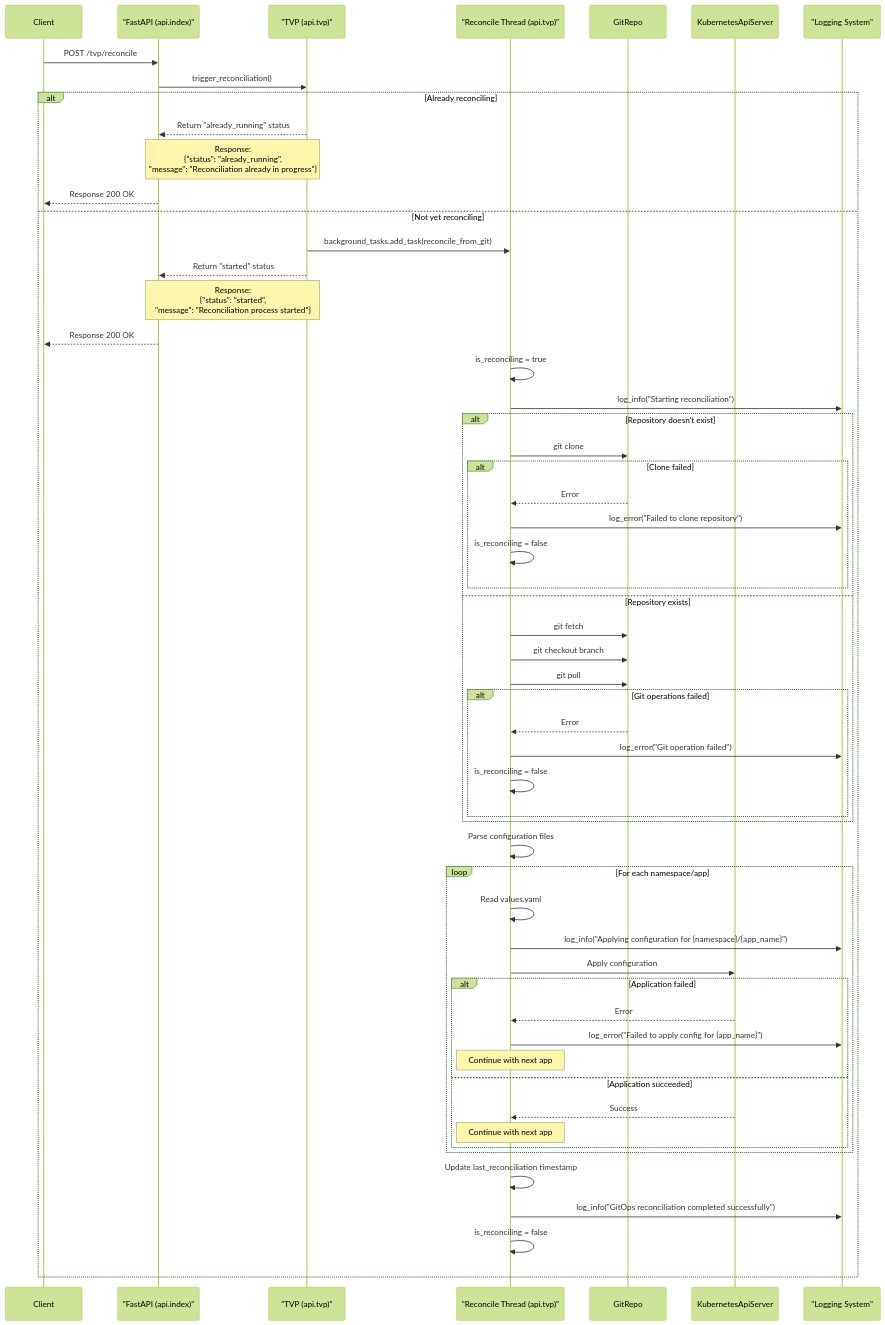
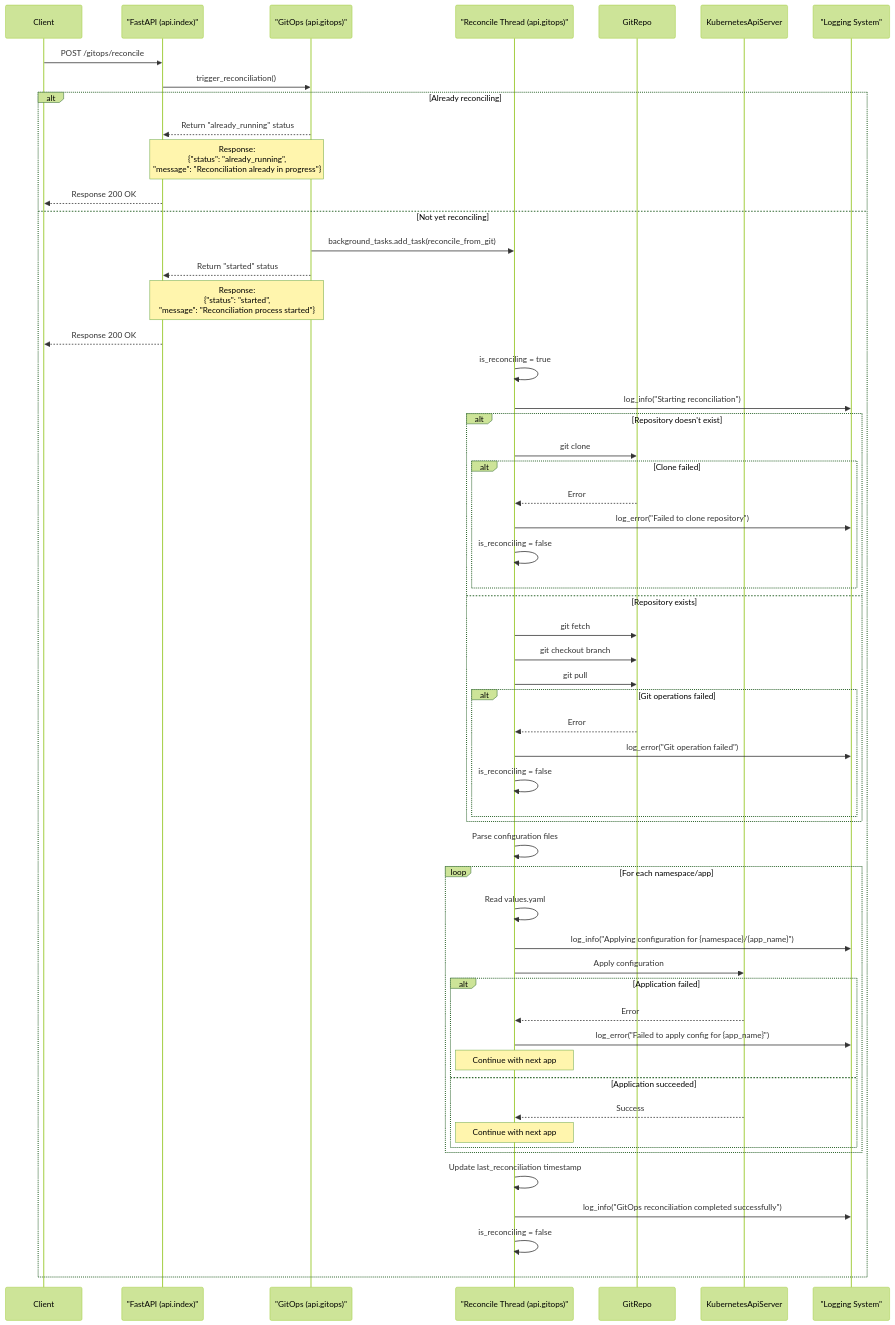
One commit to lloydchang/tvp-k8s changed the third of 11 diagrams in README.md. Above: the diagram before and after it, drawn with Mermaid (forest theme). The commit also changed other lines of this file and 15 other files, not shown here.

````diff
--- a/README.md
+++ b/README.md
@@ -401,65 +401,65 @@
 ```mermaid
 sequenceDiagram
     participant Client
     participant FastAPI as "FastAPI (api.index)"
-    participant TVP as "TVP (api.tvp)"
-    participant ReconcileThread as "Reconcile Thread (api.tvp)"
+    participant GitOps as "GitOps (api.gitops)"
+    participant ReconcileThread as "Reconcile Thread (api.gitops)"
     participant GitRepo
     participant KubernetesApiServer
     participant Logger as "Logging System"
     
-    Client->>FastAPI: POST /tvp/reconcile
-    FastAPI->>TVP: trigger_reconciliation()
+    Client->>FastAPI: POST /gitops/reconcile
+    FastAPI->>GitOps: trigger_reconciliation()
     
     alt Already reconciling
-        TVP-->>FastAPI: Return "already_running" status
-        Note over TVP,FastAPI: Response:<br>{"status": "already_running",<br>"message": "Reconciliation already in progress"}
+        GitOps-->>FastAPI: Return "already_running" status
+        Note over GitOps,FastAPI: Response:<br>{"status": "already_running",<br>"message": "Reconciliation already in progress"}
         FastAPI-->>Client: Response 200 OK
     else Not yet reconciling
-        TVP->>ReconcileThread: background_tasks.add_task(reconcile_from_git)
-        TVP-->>FastAPI: Return "started" status
-        Note over TVP,FastAPI: Response:<br>{"status": "started",<br>"message": "Reconciliation process started"}
+        GitOps->>ReconcileThread: background_tasks.add_task(reconcile_from_git)
+        GitOps-->>FastAPI: Return "started" status
+        Note over GitOps,FastAPI: Response:<br>{"status": "started",<br>"message": "Reconciliation process started"}
         FastAPI-->>Client: Response 200 OK
         
         ReconcileThread->>ReconcileThread: is_reconciling = true
         ReconcileThread->>Logger: log_info("Starting reconciliation")
         
         alt Repository doesn't exist
             ReconcileThread->>GitRepo: git clone
             alt Clone failed
                 GitRepo-->>ReconcileThread: Error
                 ReconcileThread->>Logger: log_error("Failed to clone repository")
                 ReconcileThread->>ReconcileThread: is_reconciling = false
             end
         else Repository exists
             ReconcileThread->>GitRepo: git fetch
             ReconcileThread->>GitRepo: git checkout branch
             ReconcileThread->>GitRepo: git pull
             alt Git operations failed
                 GitRepo-->>ReconcileThread: Error
                 ReconcileThread->>Logger: log_error("Git operation failed")
                 ReconcileThread->>ReconcileThread: is_reconciling = false
             end
         end
         
         ReconcileThread->>ReconcileThread: Parse configuration files
         
         loop For each namespace/app
             ReconcileThread->>ReconcileThread: Read values.yaml
             ReconcileThread->>Logger: log_info("Applying configuration for {namespace}/{app_name}")
             ReconcileThread->>KubernetesApiServer: Apply configuration
             alt Application failed
                 KubernetesApiServer-->>ReconcileThread: Error
                 ReconcileThread->>Logger: log_error("Failed to apply config for {app_name}")
                 note over ReconcileThread: Continue with next app
             else Application succeeded
                 KubernetesApiServer-->>ReconcileThread: Success
                 note over ReconcileThread: Continue with next app
             end
         end
         
         ReconcileThread->>ReconcileThread: Update last_reconciliation timestamp
         ReconcileThread->>Logger: log_info("GitOps reconciliation completed successfully")
         ReconcileThread->>ReconcileThread: is_reconciling = false
     end
 ```
````
